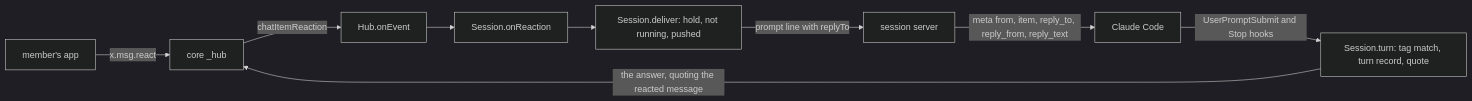
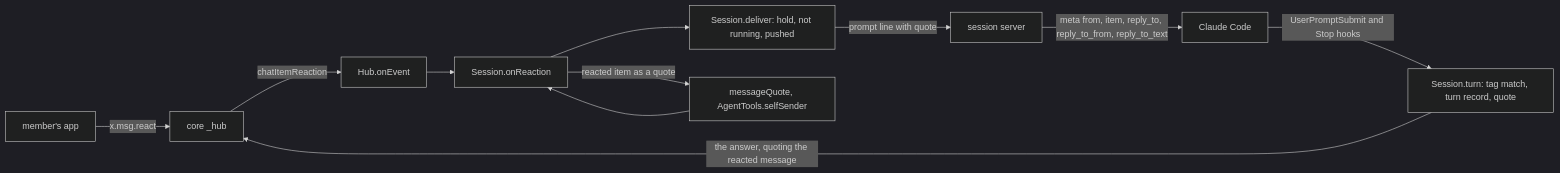
The fourth of 4 diagrams in plans/2026-11-12-mcp-reactions.md (simplex-chat/simplex-chat), drawn with Mermaid (dark theme) before and after one commit. The commit also changed other lines of this file, not shown here.

Commit message:
plan: mcp-reactions, quote vocabulary of mcp-replies

````diff
--- a/plans/2026-11-12-mcp-reactions.md
+++ b/plans/2026-11-12-mcp-reactions.md
@@ -265,11 +270,13 @@
 ```mermaid
 flowchart LR
   APP[member's app] -- x.msg.react --> CORE[core _hub]
   CORE -- chatItemReaction --> HUB[Hub.onEvent]
   HUB --> SES[Session.onReaction]
   SES --> DEL[Session.deliver: hold, not running, pushed]
-  DEL -- prompt line with replyTo --> SRV[session server]
-  SRV -- meta from, item, reply_to, reply_from, reply_text --> CC[Claude Code]
+  SES -- reacted item as a quote --> MQ[messageQuote, AgentTools.selfSender]
+  MQ --> SES
+  DEL -- prompt line with quote --> SRV[session server]
+  SRV -- meta from, item, reply_to, reply_to_from, reply_to_text --> CC[Claude Code]
   CC -- UserPromptSubmit and Stop hooks --> TURN[Session.turn: tag match, turn record, quote]
   TURN -- the answer, quoting the reacted message --> CORE
 ```
````
